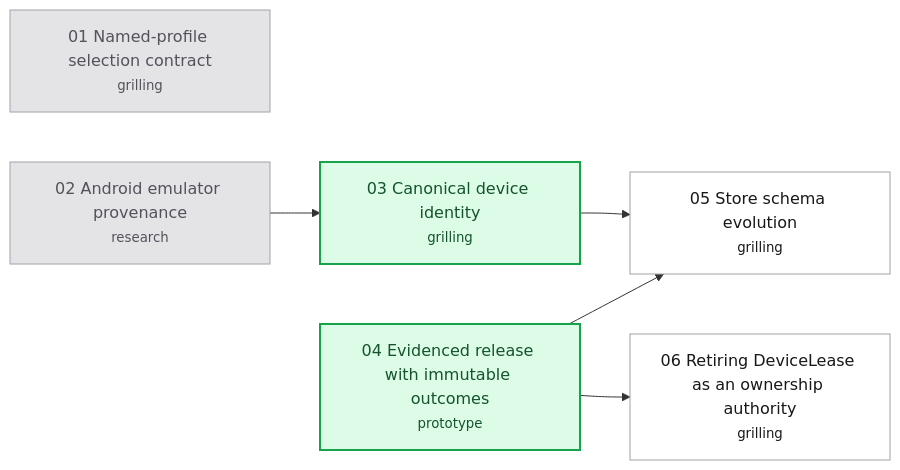
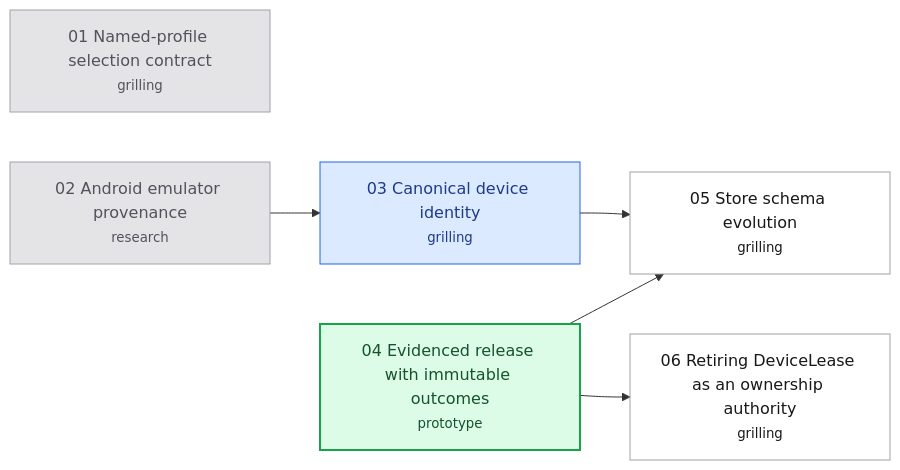
One commit to hugues-vnsgn/jev-ios-bridge changed the diagram in .scratch/appium-phase2/map.md. Above: the diagram before and after it, drawn with Mermaid. The commit also changed 1 other file, not shown here.

Commit message:
Claim Canonical device identity

````diff
--- a/.scratch/appium-phase2/map.md
+++ b/.scratch/appium-phase2/map.md
@@ -39,20 +39,21 @@
 ```mermaid
 flowchart LR
     T01["01 Named-profile selection contract<br/><small>grilling</small>"]
     T02["02 Android emulator provenance<br/><small>research</small>"]
     T03["03 Canonical device identity<br/><small>grilling</small>"]
     T04["04 Evidenced release with immutable outcomes<br/><small>prototype</small>"]
     T05["05 Store schema evolution<br/><small>grilling</small>"]
     T06["06 Retiring DeviceLease as an ownership authority<br/><small>grilling</small>"]
     T02 --> T03
     T03 --> T05
     T04 --> T05
     T04 --> T06
     classDef resolved fill:#e4e4e7,stroke:#a1a1aa,color:#52525b
     classDef claimed fill:#dbeafe,stroke:#2563eb,color:#1e3a8a
     classDef frontier fill:#dcfce7,stroke:#16a34a,color:#14532d,stroke-width:2px
     classDef blocked fill:#ffffff,stroke:#a1a1aa,color:#18181b
     class T01,T02 resolved
-    class T03,T04 frontier
+    class T03 claimed
+    class T04 frontier
     class T05,T06 blocked
 ```
````
